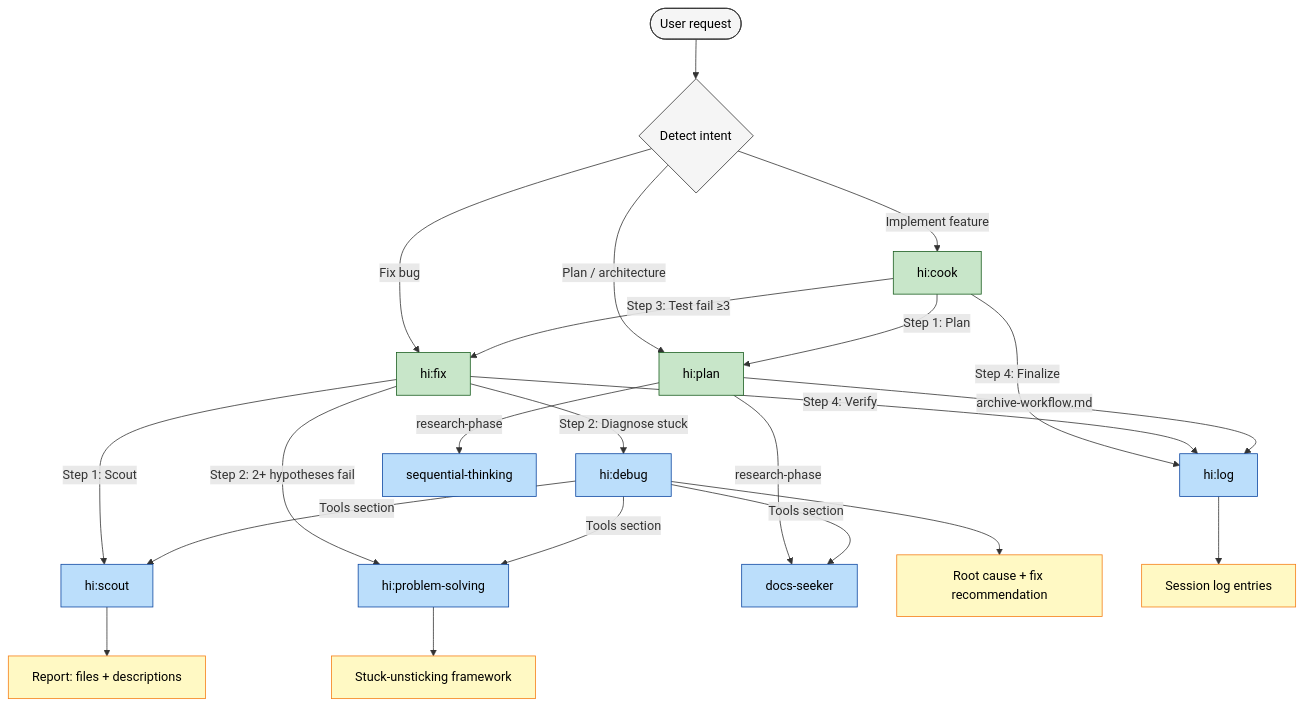
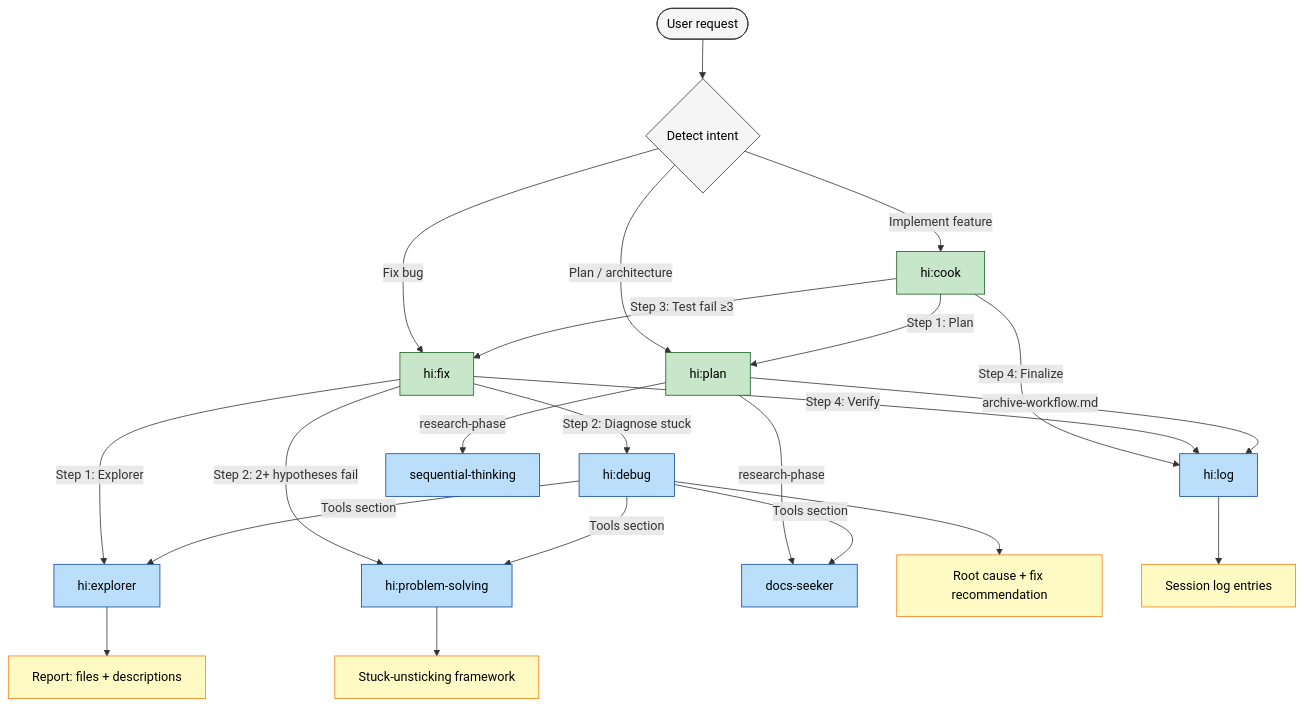
The seventh of 7 diagrams in devkit.md (baka3k/dev-kit), drawn with Mermaid before and after one commit. The commit also changed other lines of this file and 20 other files, not shown here.

````diff
--- a/devkit.md
+++ b/devkit.md
@@ -176,41 +176,41 @@
 ```mermaid
 graph TD
     User([User request]) --> Detect{Detect intent}
 
     Detect -->|Implement feature| Cook[hi:cook]
     Detect -->|Fix bug| Fix[hi:fix]
     Detect -->|Plan / architecture| Plan[hi:plan]
 
     Cook -->|Step 1: Plan| Plan
     Cook -->|Step 3: Test fail ≥3| Fix
     Cook -->|Step 4: Finalize| Log[hi:log]
 
-    Fix -->|Step 1: Scout| scout[hi:scout]
+    Fix -->|Step 1: Explorer| explorer[hi:explorer]
     Fix -->|Step 2: Diagnose stuck| Debug[hi:debug]
     Fix -->|Step 2: 2+ hypotheses fail| PS[hi:problem-solving]
     Fix -->|Step 4: Verify| Log
 
     Plan -->|research-phase| ST[sequential-thinking]
     Plan -->|research-phase| Docs[docs-seeker]
     Plan -->|archive-workflow.md| Log
 
-    Debug -->|Tools section| scout
+    Debug -->|Tools section| explorer
     Debug -->|Tools section| Docs
     Debug -->|Tools section| PS
 
-    scout --> Output[Report: files + descriptions]
+    explorer --> Output[Report: files + descriptions]
     Debug --> Output2[Root cause + fix recommendation]
     PS --> Output3[Stuck-unsticking framework]
     Log --> Output4[Session log entries]
 
     classDef primary fill:#c8e6c9,stroke:#1b5e20,color:#000
     classDef linked fill:#bbdefb,stroke:#0d47a1,color:#000
     classDef leaf fill:#fff9c4,stroke:#f57f17,color:#000
     classDef endnode fill:#f5f5f5,stroke:#333,color:#000
 
     class Cook,Fix,Plan primary
-    class scout,Debug,Log,ST,Docs,PS linked
+    class explorer,Debug,Log,ST,Docs,PS linked
     class Output,Output2,Output3,Output4 leaf
     class User,Detect endnode
 
 ```
````
